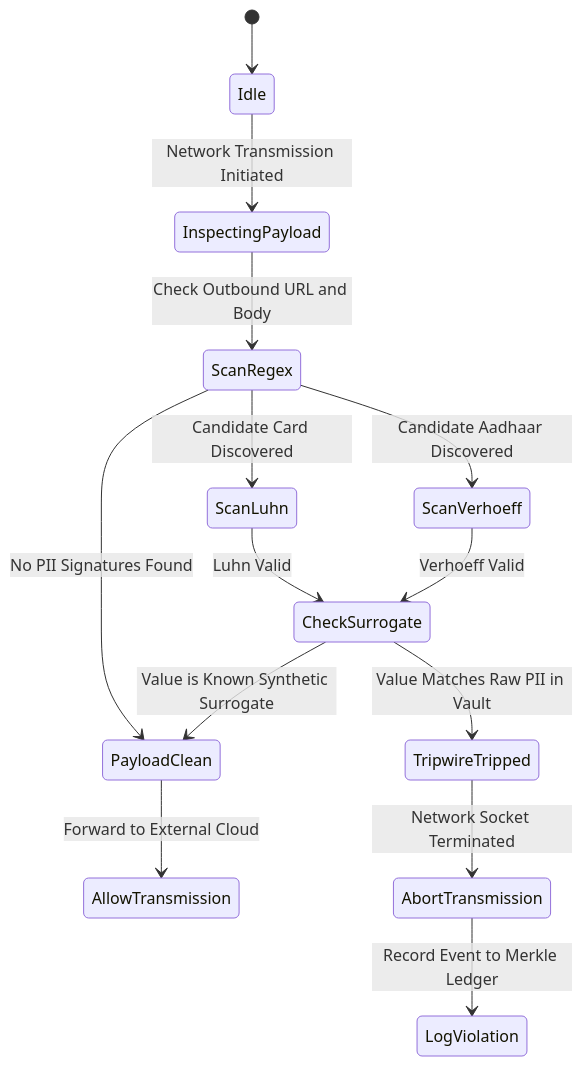
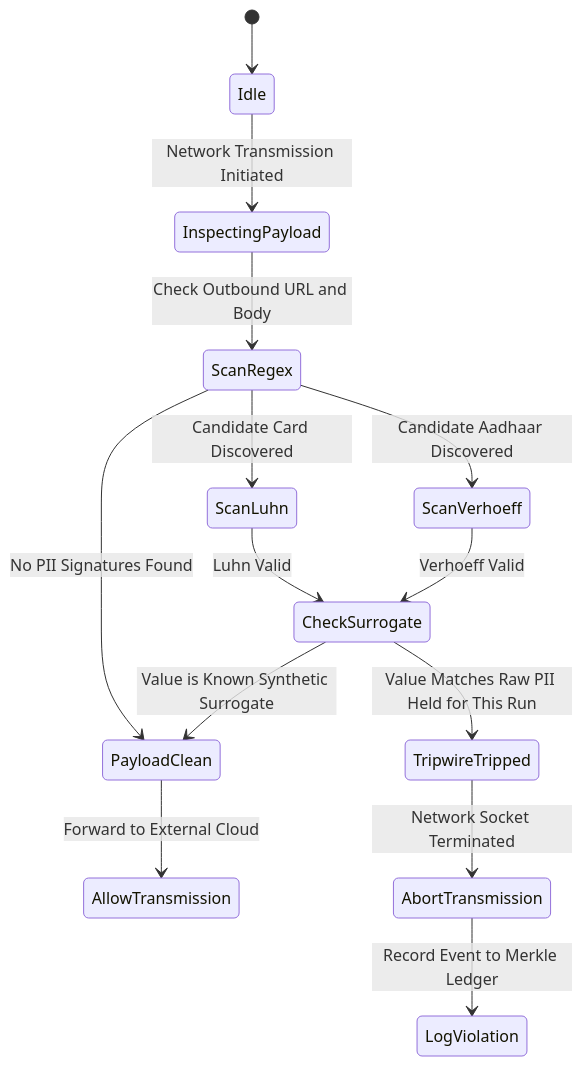
The fourth of 4 diagrams in README.md (shashank-tomar0/pry), drawn with Mermaid before and after one commit. The commit also changed other lines of this file and 13 other files, not shown here.

````diff
--- a/README.md
+++ b/README.md
@@ -349,19 +379,19 @@
 ```mermaid
 stateDiagram-v2
     [*] --> Idle
     Idle --> InspectingPayload: Network Transmission Initiated
     InspectingPayload --> ScanRegex: Check Outbound URL and Body
     ScanRegex --> ScanLuhn: Candidate Card Discovered
     ScanRegex --> ScanVerhoeff: Candidate Aadhaar Discovered
     ScanRegex --> PayloadClean: No PII Signatures Found
 
     ScanLuhn --> CheckSurrogate: Luhn Valid
     ScanVerhoeff --> CheckSurrogate: Verhoeff Valid
 
     CheckSurrogate --> PayloadClean: Value is Known Synthetic Surrogate
-    CheckSurrogate --> TripwireTripped: Value Matches Raw PII in Vault
+    CheckSurrogate --> TripwireTripped: Value Matches Raw PII Held for This Run
 
     PayloadClean --> AllowTransmission: Forward to External Cloud
     TripwireTripped --> AbortTransmission: Network Socket Terminated
     AbortTransmission --> LogViolation: Record Event to Merkle Ledger
 ```
````
